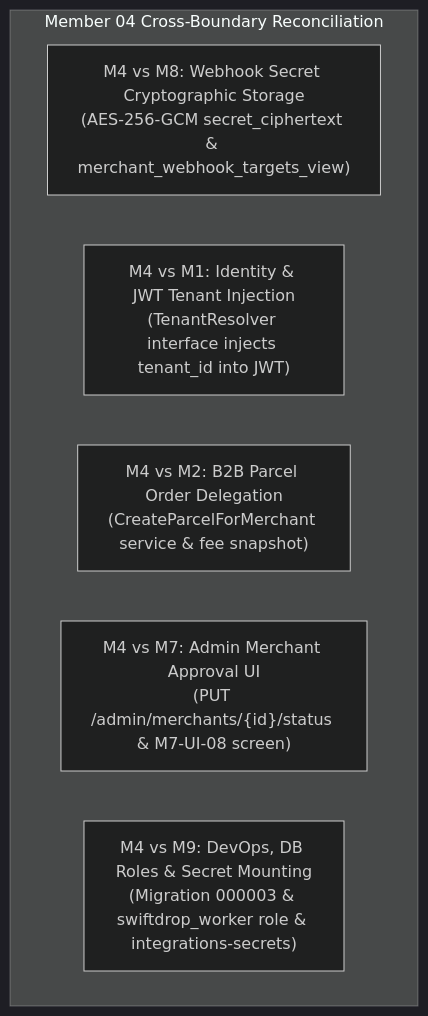
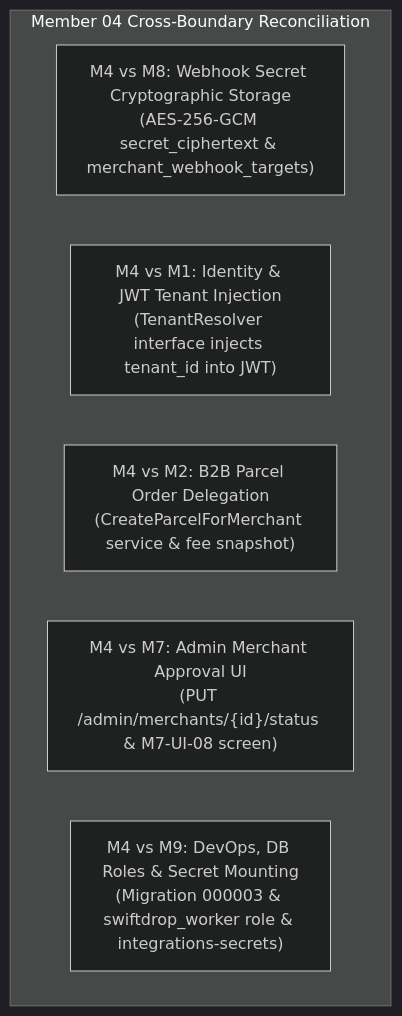
One commit to phantomTroupeEAD/SwiftDrop changed the second of 2 diagrams in docs/drafts/member-04-merchants/MEMBER_04_ALIGNMENT_AND_SPECIFICATION_GUIDE.md. Above: the diagram before and after it, drawn with Mermaid (dark theme). The commit also changed other lines of this file and 4 other files, not shown here.

Commit message:
docs(member-04): update webhook targets view references and correct encryption key details in multiple documents

````diff
--- a/docs/drafts/member-04-merchants/MEMBER_04_ALIGNMENT_AND_SPECIFICATION_GUIDE.md
+++ b/docs/drafts/member-04-merchants/MEMBER_04_ALIGNMENT_AND_SPECIFICATION_GUIDE.md
@@ -106,10 +106,10 @@
 ```mermaid
 flowchart TD
     subgraph CrossMemberAlignment ["Member 04 Cross-Boundary Reconciliation"]
-        M4M8["M4 vs M8: Webhook Secret Cryptographic Storage<br/>(AES-256-GCM secret_ciphertext & merchant_webhook_targets_view)"]
+        M4M8["M4 vs M8: Webhook Secret Cryptographic Storage<br/>(AES-256-GCM secret_ciphertext & merchant_webhook_targets)"]
         M4M1["M4 vs M1: Identity & JWT Tenant Injection<br/>(TenantResolver interface injects tenant_id into JWT)"]
         M4M2["M4 vs M2: B2B Parcel Order Delegation<br/>(CreateParcelForMerchant service & fee snapshot)"]
         M4M7["M4 vs M7: Admin Merchant Approval UI<br/>(PUT /admin/merchants/{id}/status & M7-UI-08 screen)"]
         M4M9["M4 vs M9: DevOps, DB Roles & Secret Mounting<br/>(Migration 000003 & swiftdrop_worker role & integrations-secrets)"]
     end
 ```
````
